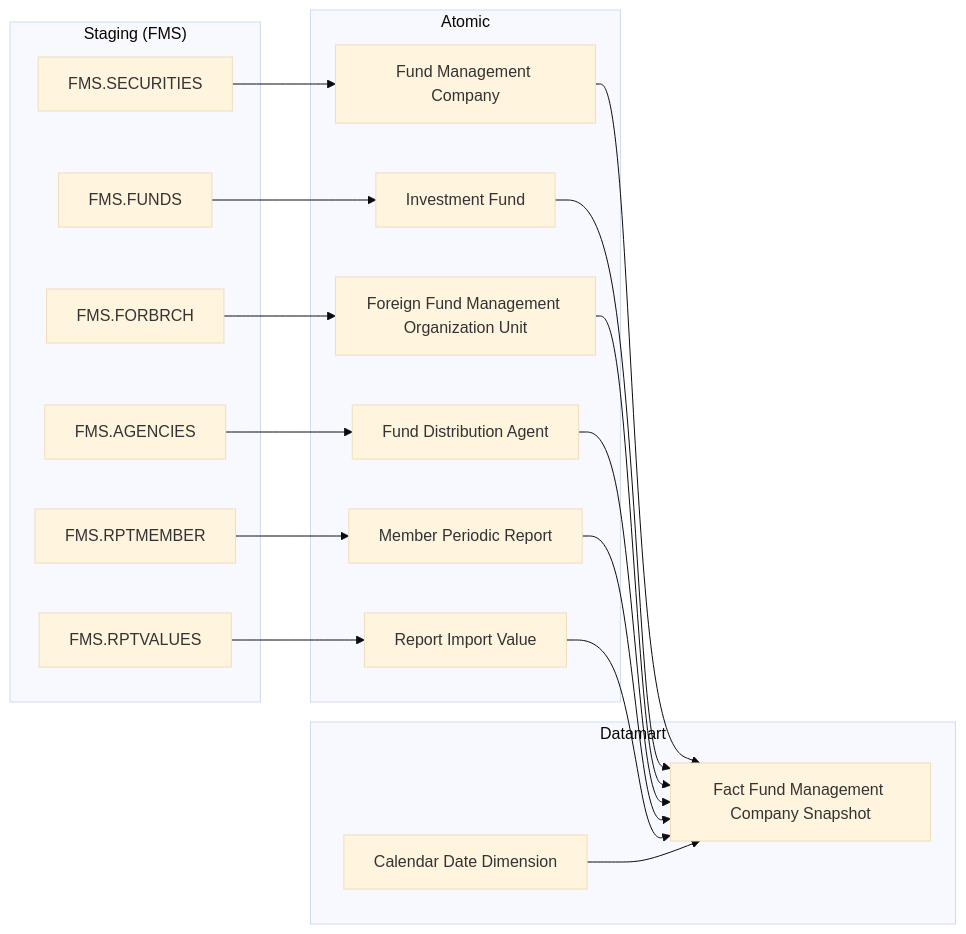
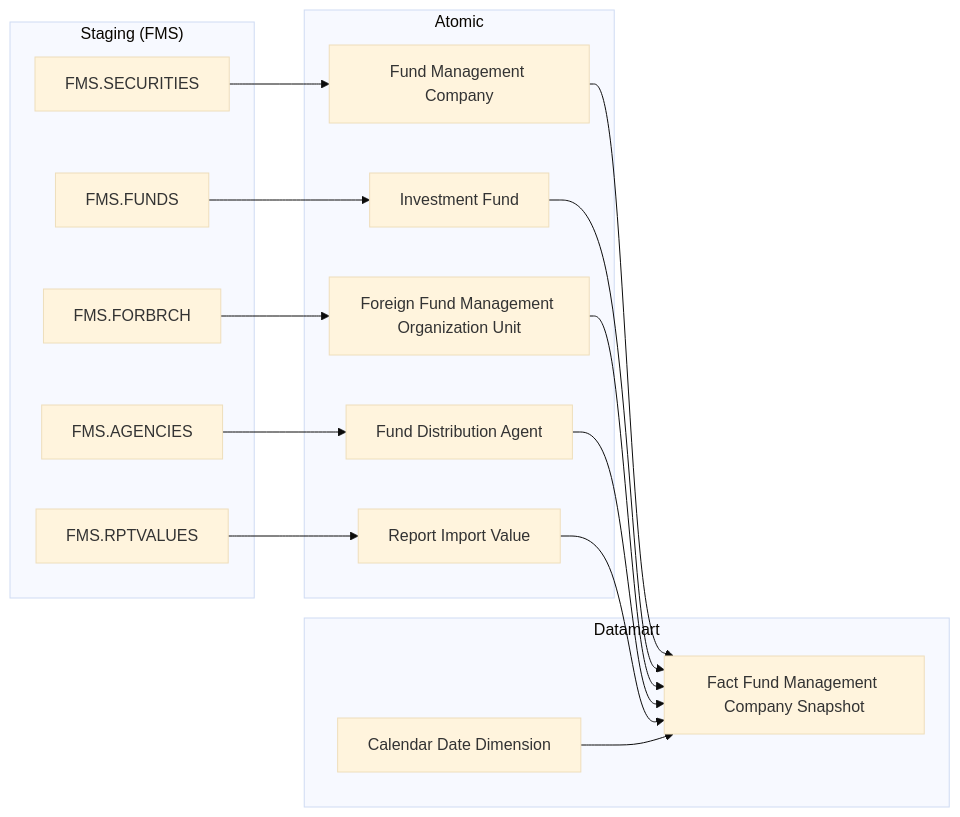
Before and after one commit to linhlvit/ubck_atomic_design: the first of 37 diagrams in Datamart/hld/DTM_FMS_HLD.md, drawn with Mermaid (base theme). The commit also changed other lines of this file and 1 other file, not shown here.

Commit message:
update FMS design 1

````diff
--- a/Datamart/hld/DTM_FMS_HLD.md
+++ b/Datamart/hld/DTM_FMS_HLD.md
@@ -37,41 +39,37 @@
 ```mermaid
 flowchart LR
     subgraph SRC["Staging (FMS)"]
         S1["FMS.SECURITIES"]
         S2["FMS.FUNDS"]
         S3["FMS.FORBRCH"]
         S4["FMS.AGENCIES"]
-        S5["FMS.RPTMEMBER"]
         S6["FMS.RPTVALUES"]
     end
 
     subgraph SIL["Atomic"]
         SV1["Fund Management Company"]
         SV2["Investment Fund"]
         SV3["Foreign Fund Management Organization Unit"]
         SV4["Fund Distribution Agent"]
-        SV5["Member Periodic Report"]
         SV6["Report Import Value"]
     end
 
     subgraph GOLD["Datamart"]
         G1["Fact Fund Management Company Snapshot"]
         G2["Calendar Date Dimension"]
     end
 
     S1 --> SV1
     S2 --> SV2
     S3 --> SV3
     S4 --> SV4
-    S5 --> SV5
     S6 --> SV6
 
     SV1 --> G1
     SV2 --> G1
     SV3 --> G1
     SV4 --> G1
-    SV5 --> G1
     SV6 --> G1
 
     G2 --> G1
 ```
````
